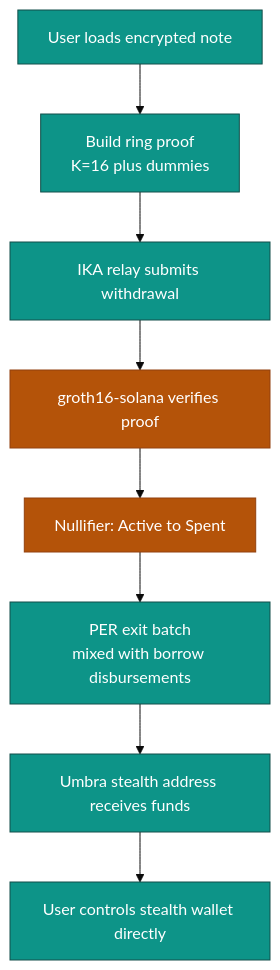
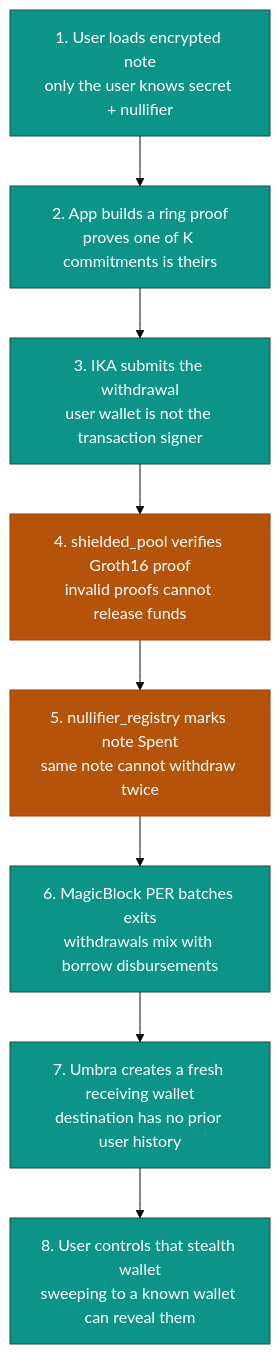
Before and after one commit to cryptosingheth/shieldlend: the third of 8 diagrams in docs/VISUAL_FLOWS.md, drawn with Mermaid (base theme). The commit also changed other lines of this file and 9 other files, not shown here.

Commit message:
docs: consolidate solana architecture docs

````diff
--- a/docs/VISUAL_FLOWS.md
+++ b/docs/VISUAL_FLOWS.md
@@ -61,17 +78,17 @@
 ```mermaid
 flowchart TD
-    classDef privacy fill:#0d9488,stroke:#134e4a,color:#fff
+    classDef private fill:#0d9488,stroke:#134e4a,color:#fff
+    classDef public fill:#334155,stroke:#64748b,color:#fff
     classDef safety fill:#b45309,stroke:#92400e,color:#fff
-    classDef public fill:#334155,stroke:#64748b,color:#fff
 
-    A["User loads encrypted note"]:::privacy
-    B["Build ring proof\nK=16 plus dummies"]:::privacy
-    C["IKA relay submits withdrawal"]:::privacy
-    D["groth16-solana verifies proof"]:::safety
-    E["Nullifier: Active to Spent"]:::safety
-    F["PER exit batch\nmixed with borrow disbursements"]:::privacy
-    G["Umbra stealth address receives funds"]:::privacy
-    H["User controls stealth wallet directly"]:::privacy
+    A["1. User loads encrypted note<br/>only the user knows secret + nullifier"]:::private
+    B["2. App builds a ring proof<br/>proves one of K commitments is theirs"]:::private
+    C["3. IKA submits the withdrawal<br/>user wallet is not the transaction signer"]:::private
+    D["4. shielded_pool verifies Groth16 proof<br/>invalid proofs cannot release funds"]:::safety
+    E["5. nullifier_registry marks note Spent<br/>same note cannot withdraw twice"]:::safety
+    F["6. MagicBlock PER batches exits<br/>withdrawals mix with borrow disbursements"]:::private
+    G["7. Umbra creates a fresh receiving wallet<br/>destination has no prior user history"]:::private
+    H["8. User controls that stealth wallet<br/>sweeping to a known wallet can reveal them"]:::private
 
     A --> B --> C --> D --> E --> F --> G --> H
 ```
````
